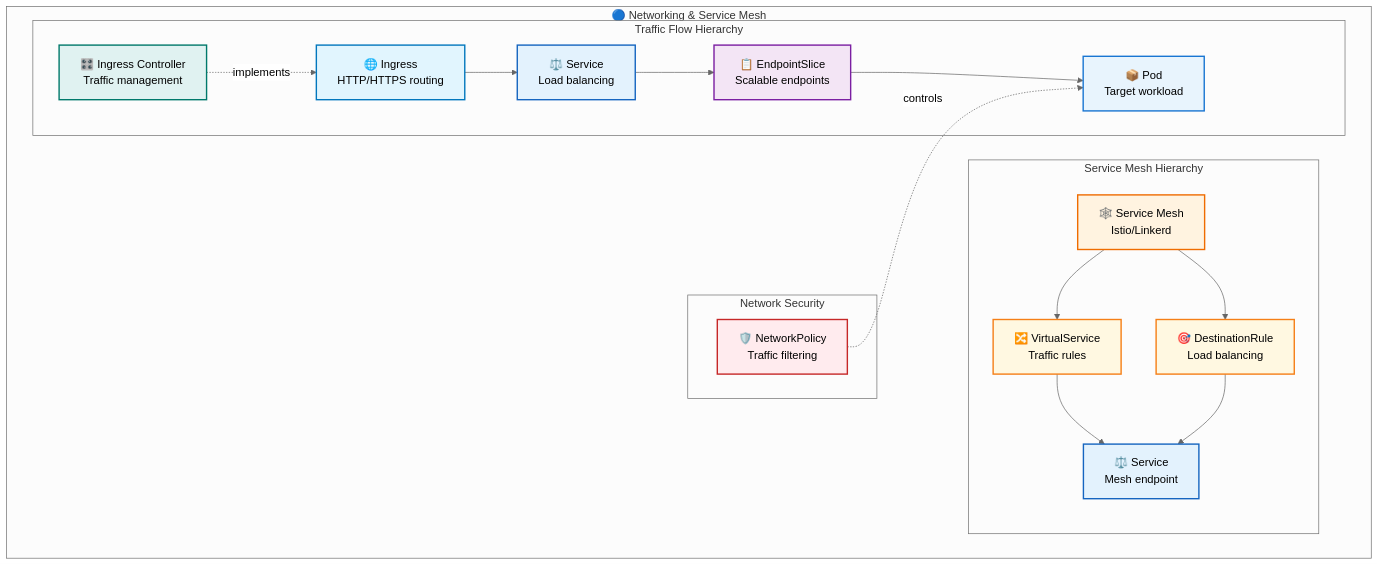
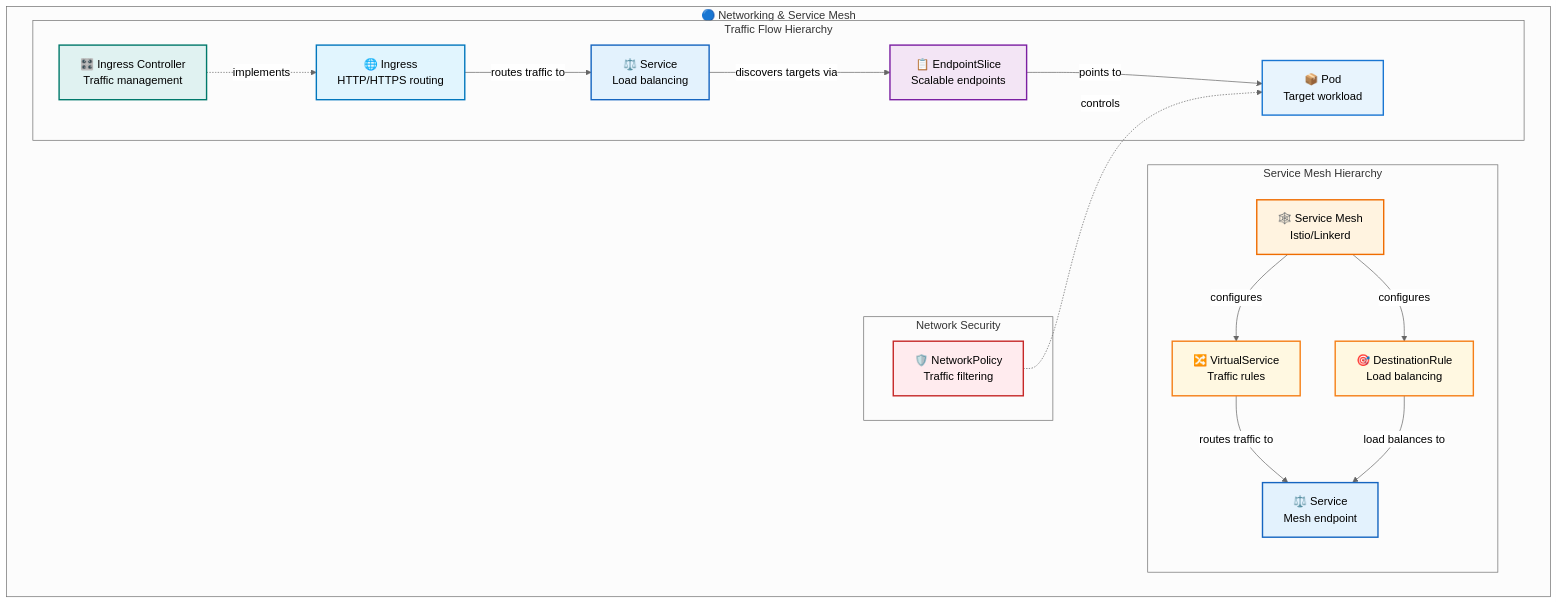
Before and after one commit to razkevich/system_design_course: the third of 8 diagrams in 1.4_distributed_systems/kubernetes_developer_guide.md, drawn with Mermaid (neutral theme). The commit also changed other lines of this file, not shown here.

````diff
--- a/1.4_distributed_systems/kubernetes_developer_guide.md
+++ b/1.4_distributed_systems/kubernetes_developer_guide.md
@@ -84,46 +84,46 @@
 ```mermaid
 flowchart TD
     subgraph "🔵 Networking & Service Mesh"
         
         subgraph "Traffic Flow Hierarchy"
             Ingress["🌐 Ingress<br/>HTTP/HTTPS routing"]
             IngressController["🎛️ Ingress Controller<br/>Traffic management"]
             Service["⚖️ Service<br/>Load balancing"]
             EndpointSlice["📋 EndpointSlice<br/>Scalable endpoints"]
             NetworkPod["📦 Pod<br/>Target workload"]
             
             IngressController -.->|"implements"| Ingress
-            Ingress --> Service
-            Service --> EndpointSlice
-            EndpointSlice --> NetworkPod
+            Ingress -->|"routes traffic to"| Service
+            Service -->|"discovers targets via"| EndpointSlice
+            EndpointSlice -->|"points to"| NetworkPod
         end
         
         subgraph "Service Mesh Hierarchy"
             ServiceMesh["🕸️ Service Mesh<br/>Istio/Linkerd"]
             VirtualService["🔀 VirtualService<br/>Traffic rules"]
             DestinationRule["🎯 DestinationRule<br/>Load balancing"]
             MeshService["⚖️ Service<br/>Mesh endpoint"]
             
-            ServiceMesh --> VirtualService
-            ServiceMesh --> DestinationRule
-            VirtualService --> MeshService
-            DestinationRule --> MeshService
+            ServiceMesh -->|"configures"| VirtualService
+            ServiceMesh -->|"configures"| DestinationRule
+            VirtualService -->|"routes traffic to"| MeshService
+            DestinationRule -->|"load balances to"| MeshService
         end
         
         subgraph "Network Security"
             NetworkPolicy["🛡️ NetworkPolicy<br/>Traffic filtering"]
             NetworkPolicy -.->|"controls"| NetworkPod
         end
     end
     
     style NetworkPod fill:#e8f4fd,stroke:#1976d2,stroke-width:2px,color:#000
     style Service fill:#e3f2fd,stroke:#1565c0,stroke-width:2px,color:#000
     style Ingress fill:#e1f5fe,stroke:#0277bd,stroke-width:2px,color:#000
     style IngressController fill:#e0f2f1,stroke:#00796b,stroke-width:2px,color:#000
     style EndpointSlice fill:#f3e5f5,stroke:#7b1fa2,stroke-width:2px,color:#000
     style ServiceMesh fill:#fff3e0,stroke:#ef6c00,stroke-width:2px,color:#000
     style VirtualService fill:#fff8e1,stroke:#f57f17,stroke-width:2px,color:#000
     style DestinationRule fill:#fff8e1,stroke:#f57f17,stroke-width:2px,color:#000
     style MeshService fill:#e3f2fd,stroke:#1565c0,stroke-width:2px,color:#000
     style NetworkPolicy fill:#ffebee,stroke:#c62828,stroke-width:2px,color:#000
 ```
````
